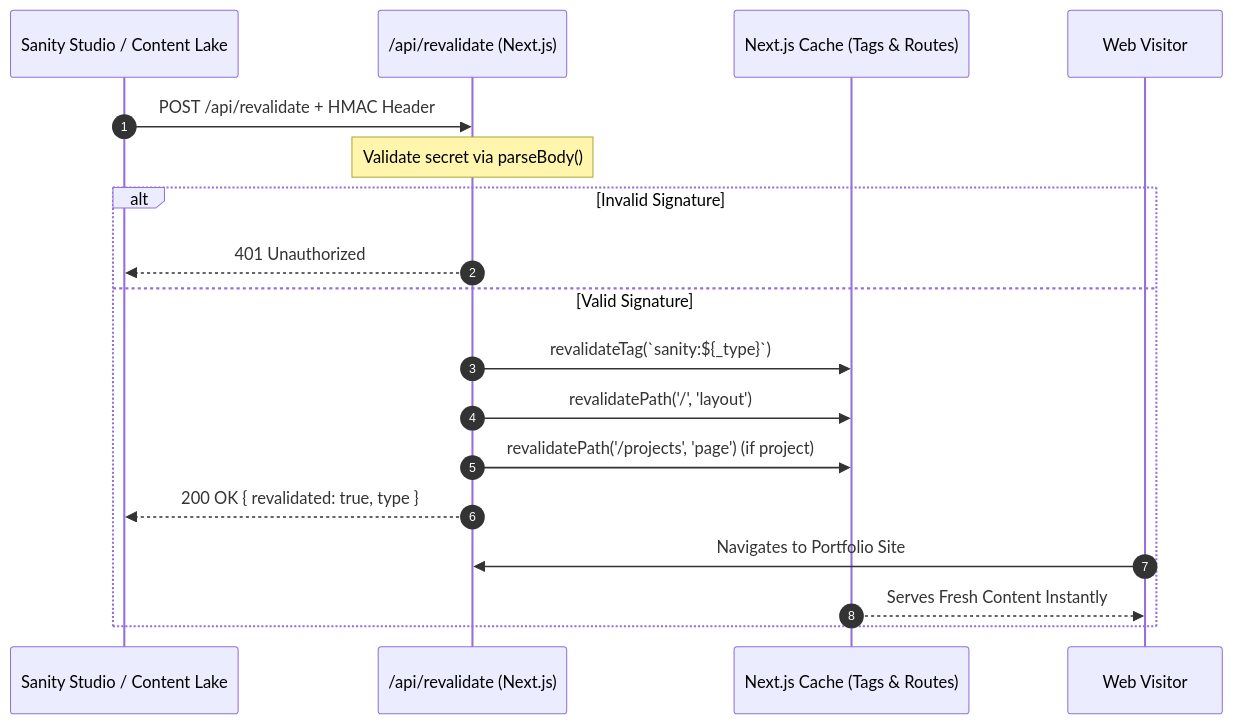
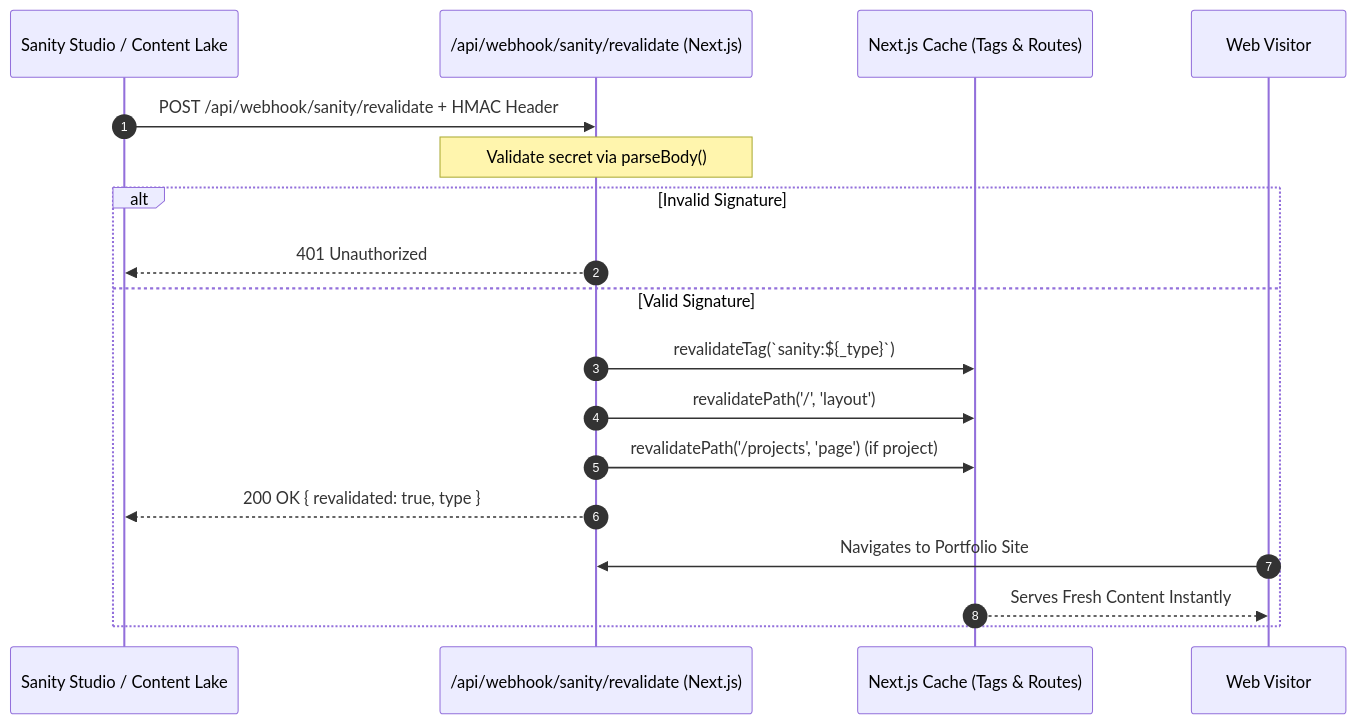
One commit to BenjiBenji20/portfolio changed the diagram in documentation/sanity_revalidate_webhook.md. Above: the diagram before and after it, drawn with Mermaid. The commit also changed other lines of this file and 4 other files, not shown here.

````diff
--- a/documentation/sanity_revalidate_webhook.md
+++ b/documentation/sanity_revalidate_webhook.md
@@ -11,21 +11,21 @@
 ```mermaid
 sequenceDiagram
     autonumber
     participant Sanity as Sanity Studio / Content Lake
-    participant Webhook as /api/revalidate (Next.js)
+    participant Webhook as /api/webhook/sanity/revalidate (Next.js)
     participant Cache as Next.js Cache (Tags & Routes)
     participant Client as Web Visitor
 
-    Sanity->>Webhook: POST /api/revalidate + HMAC Header
+    Sanity->>Webhook: POST /api/webhook/sanity/revalidate + HMAC Header
     Note over Webhook: Validate secret via parseBody()
     alt Invalid Signature
         Webhook-->>Sanity: 401 Unauthorized
     else Valid Signature
         Webhook->>Cache: revalidateTag(`sanity:${_type}`)
         Webhook->>Cache: revalidatePath('/', 'layout')
         Webhook->>Cache: revalidatePath('/projects', 'page') (if project)
         Webhook-->>Sanity: 200 OK { revalidated: true, type }
         Client->>Webhook: Navigates to Portfolio Site
         Cache-->>Client: Serves Fresh Content Instantly
     end
 ```
````
